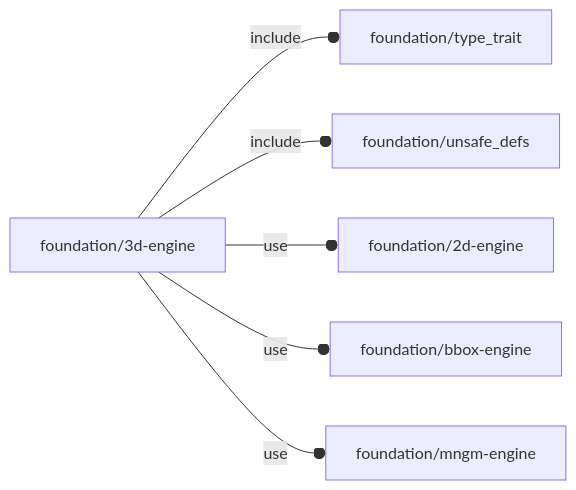
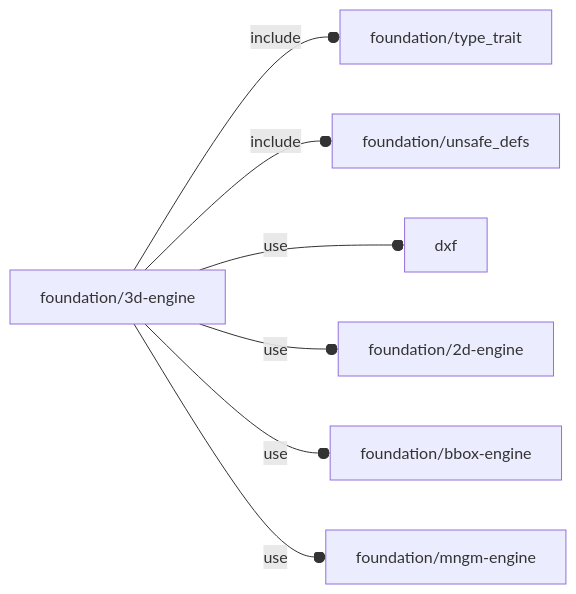
Before and after one commit to ggabbiani/OFL: the diagram in orthodocs/foundation/3d-engine.md, drawn with Mermaid. The commit also changed other lines of this file and 10 other files, not shown here.

````diff
--- a/orthodocs/foundation/3d-engine.md
+++ b/orthodocs/foundation/3d-engine.md
@@ -5,8 +5,9 @@
 ```mermaid
 graph LR
     A1[foundation/3d-engine] --o|include| A2[foundation/type_trait]
     A1 --o|include| A3[foundation/unsafe_defs]
-    A1 --o|use| A4[foundation/2d-engine]
-    A1 --o|use| A5[foundation/bbox-engine]
-    A1 --o|use| A6[foundation/mngm-engine]
+    A1 --o|use| A4[dxf]
+    A1 --o|use| A5[foundation/2d-engine]
+    A1 --o|use| A6[foundation/bbox-engine]
+    A1 --o|use| A7[foundation/mngm-engine]
 ```
````
